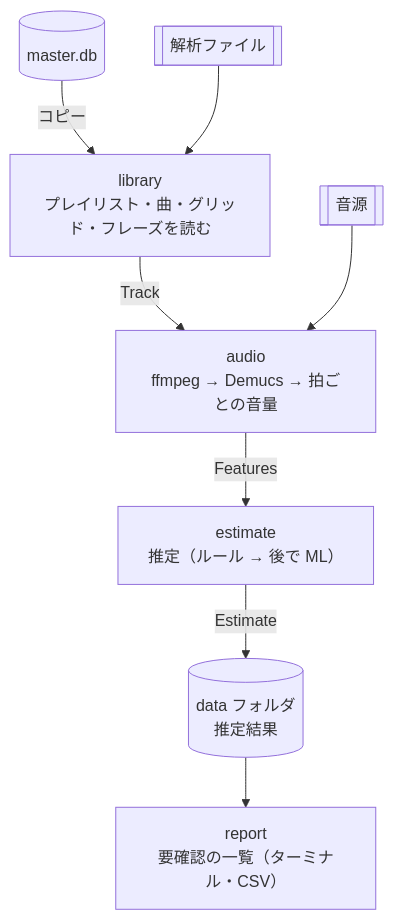
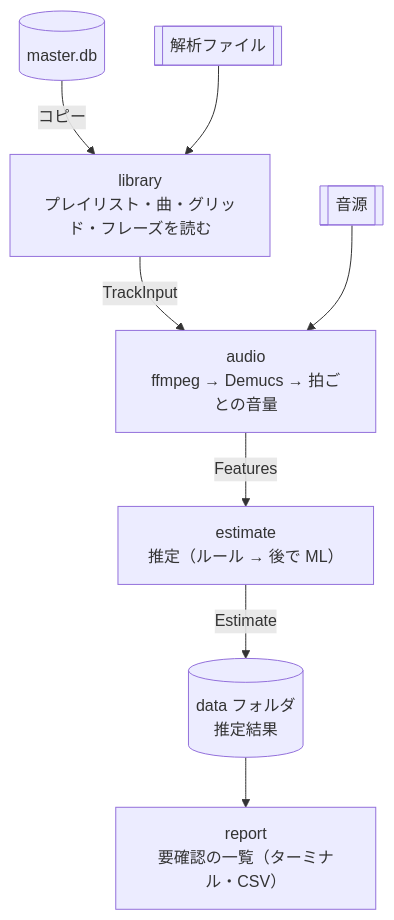
Before and after one commit to hayato12/cueing-bot: the first of 3 diagrams in docs/architecture.md, drawn with Mermaid. The commit also changed other lines of this file and 8 other files, not shown here.

````diff
--- a/docs/architecture.md
+++ b/docs/architecture.md
@@ -13,10 +13,10 @@
 ```mermaid
 flowchart TD
     DB[(master.db)] -- コピー --> LIB["library<br/>プレイリスト・曲・グリッド・フレーズを読む"]
     ANLZ[[解析ファイル]] --> LIB
-    LIB -- Track --> AUD["audio<br/>ffmpeg → Demucs → 拍ごとの音量"]
+    LIB -- TrackInput --> AUD["audio<br/>ffmpeg → Demucs → 拍ごとの音量"]
     AUDIO[[音源]] --> AUD
     AUD -- Features --> EST["estimate<br/>推定（ルール → 後で ML）"]
     EST -- Estimate --> STORE[("data フォルダ<br/>推定結果")]
     STORE --> REP["report<br/>要確認の一覧（ターミナル・CSV）"]
 ```
````
